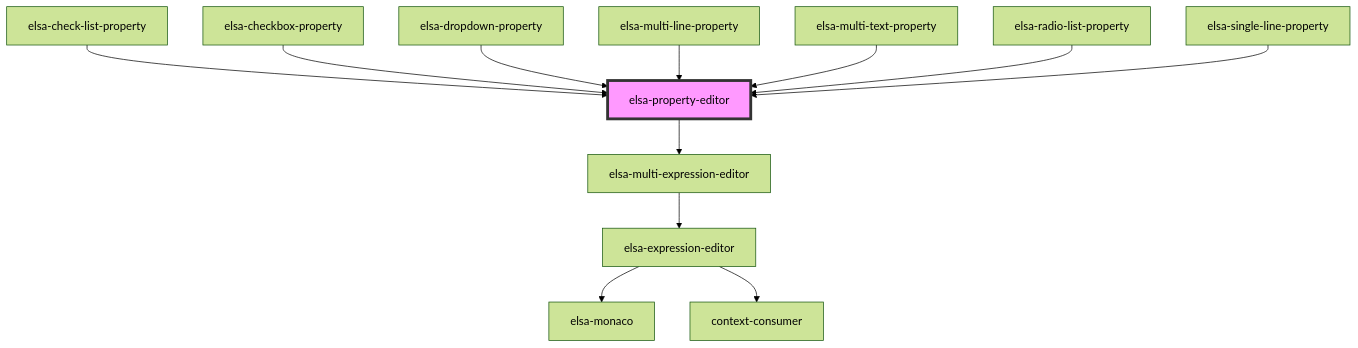
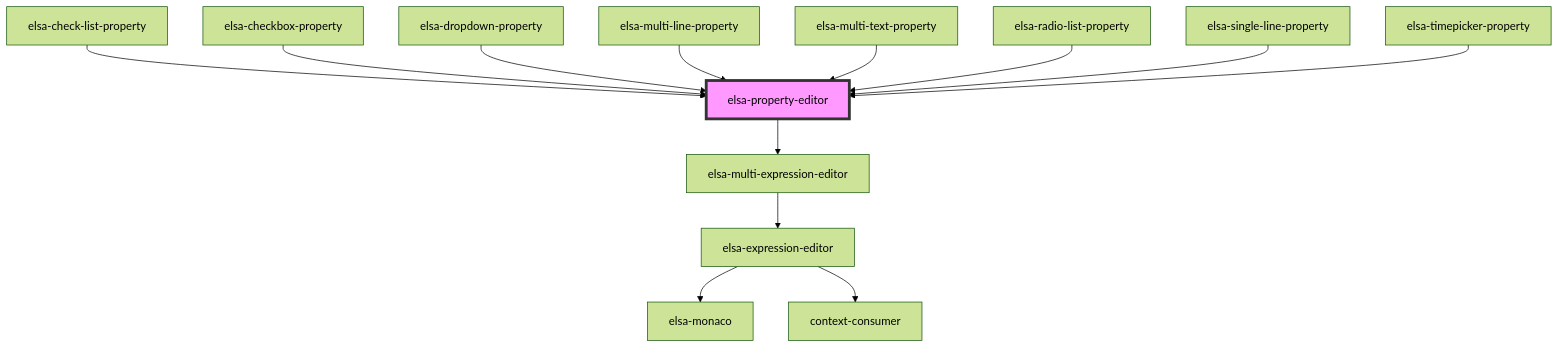
Before and after one commit to hgmdesigns/elsa-designer-fork: the diagram in src/components/editors/elsa-property-editor/readme.md, drawn with Mermaid (forest theme). The commit also changed other lines of this file and 5 other files, not shown here.

````diff
--- a/src/components/editors/elsa-property-editor/readme.md
+++ b/src/components/editors/elsa-property-editor/readme.md
@@ -44,15 +45,16 @@
 ```mermaid
 graph TD;
   elsa-property-editor --> elsa-multi-expression-editor
   elsa-multi-expression-editor --> elsa-expression-editor
   elsa-expression-editor --> elsa-monaco
   elsa-expression-editor --> context-consumer
   elsa-check-list-property --> elsa-property-editor
   elsa-checkbox-property --> elsa-property-editor
   elsa-dropdown-property --> elsa-property-editor
   elsa-multi-line-property --> elsa-property-editor
   elsa-multi-text-property --> elsa-property-editor
   elsa-radio-list-property --> elsa-property-editor
   elsa-single-line-property --> elsa-property-editor
+  elsa-timepicker-property --> elsa-property-editor
   style elsa-property-editor fill:#f9f,stroke:#333,stroke-width:4px
 ```
````
